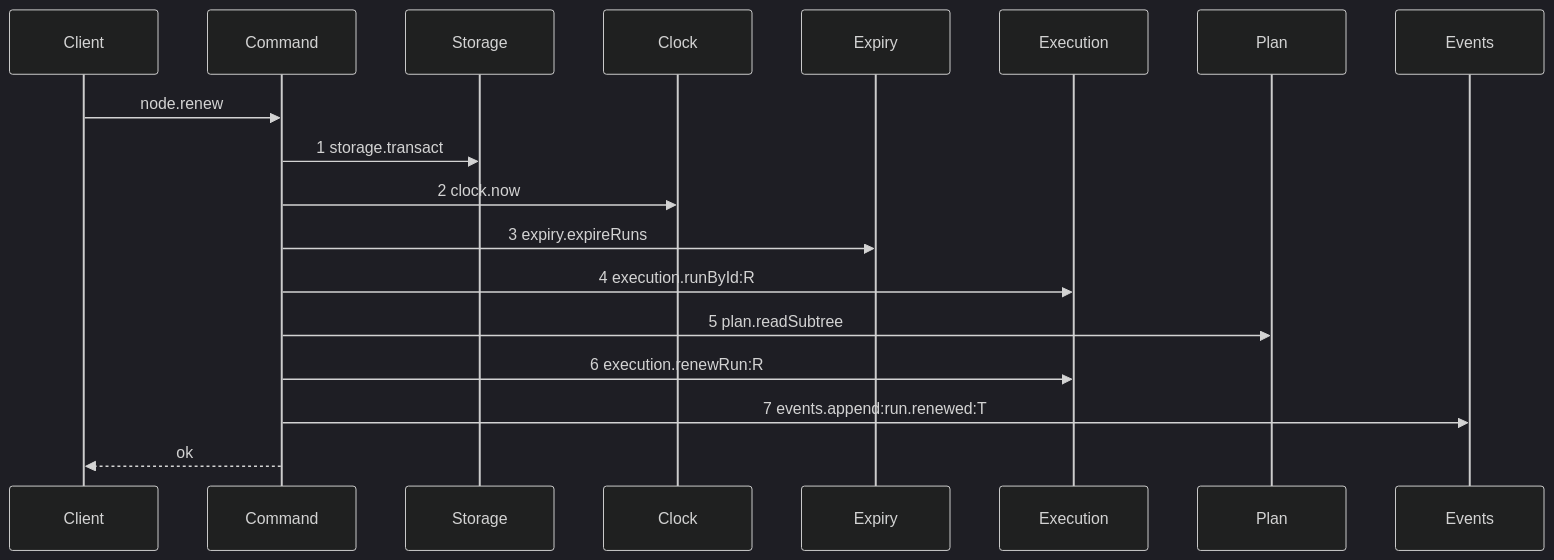
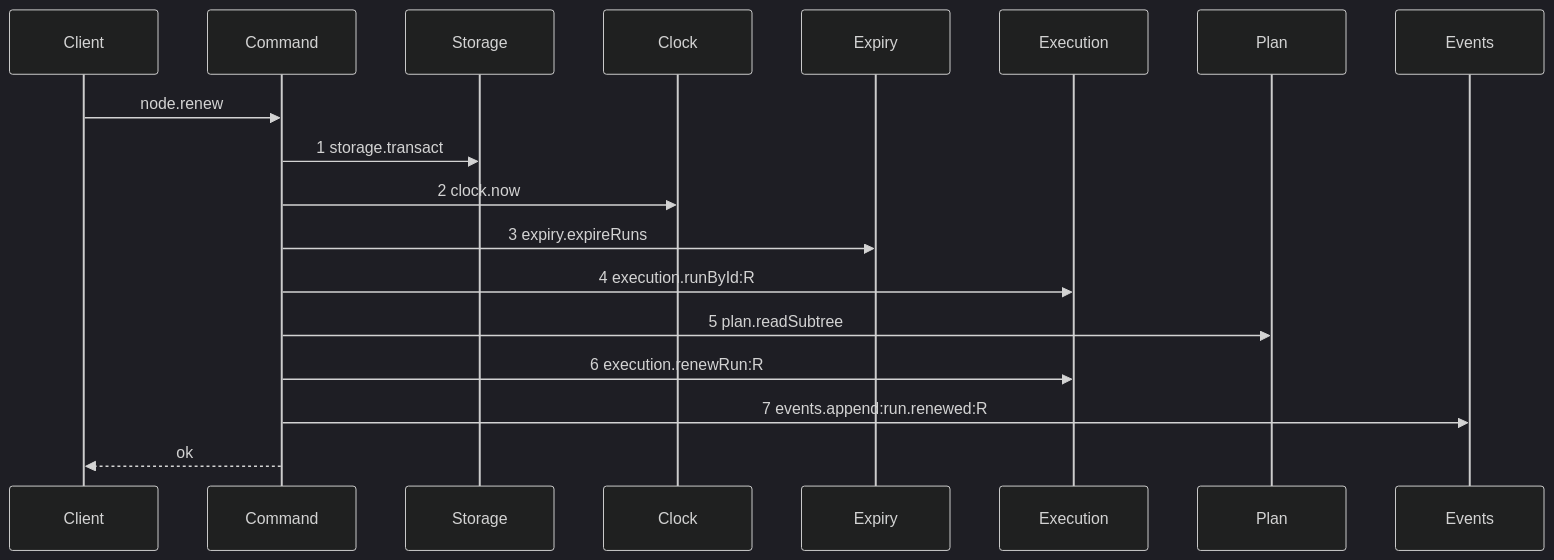
One commit to kanthorlabs/kanthord-engine changed the diagram in .agents/plan/stories/050.4-the-node-lease-removal/04-the-renew-drops-the-lease.md. Above: the diagram before and after it, drawn with Mermaid (dark theme). The commit also changed other lines of this file and 52 other files, not shown here.

````diff
--- a/.agents/plan/stories/050.4-the-node-lease-removal/04-the-renew-drops-the-lease.md
+++ b/.agents/plan/stories/050.4-the-node-lease-removal/04-the-renew-drops-the-lease.md
@@ -25,20 +25,20 @@
 ```mermaid
 sequenceDiagram
     participant Client
     participant Command
     participant Storage
     participant Clock
     participant Expiry
     participant Execution
     participant Plan
     participant Events
     Client->>Command: node.renew
     Command->>Storage: 1 storage.transact
     Command->>Clock: 2 clock.now
     Command->>Expiry: 3 expiry.expireRuns
     Command->>Execution: 4 execution.runById:R
     Command->>Plan: 5 plan.readSubtree
     Command->>Execution: 6 execution.renewRun:R
-    Command->>Events: 7 events.append:run.renewed:T
+    Command->>Events: 7 events.append:run.renewed:R
     Command-->>Client: ok
 ```
````
